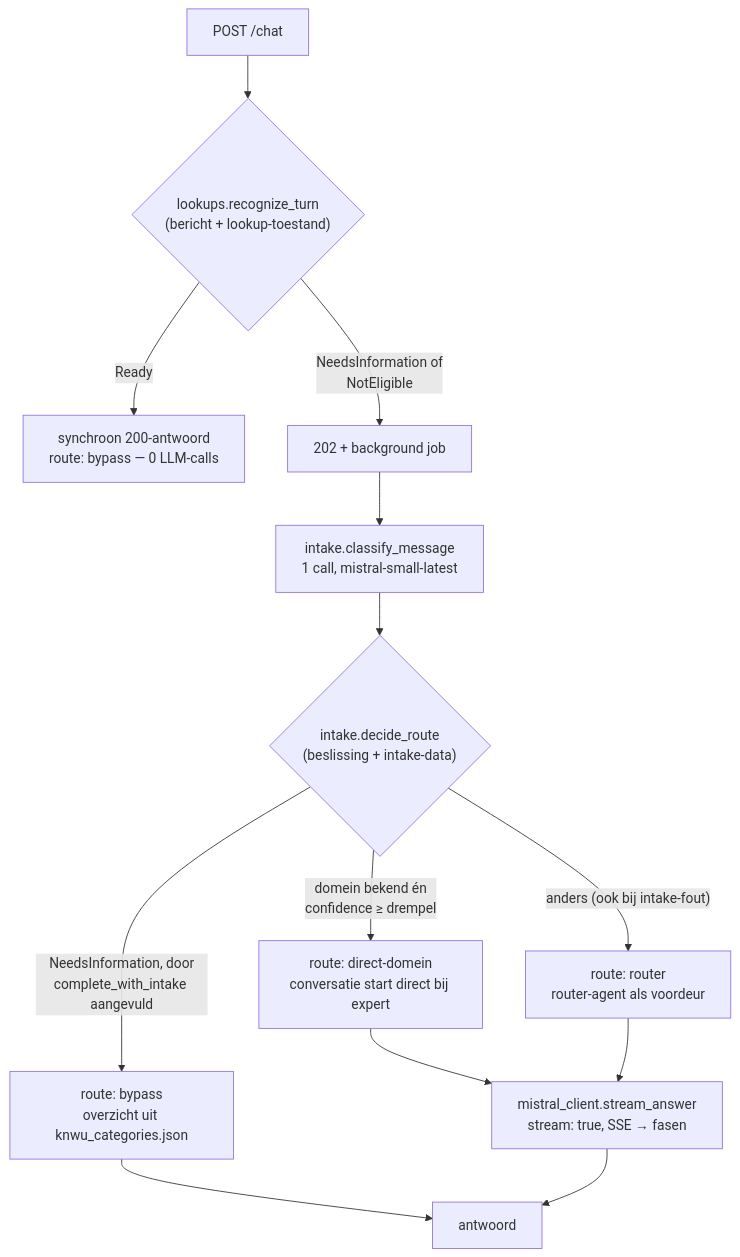
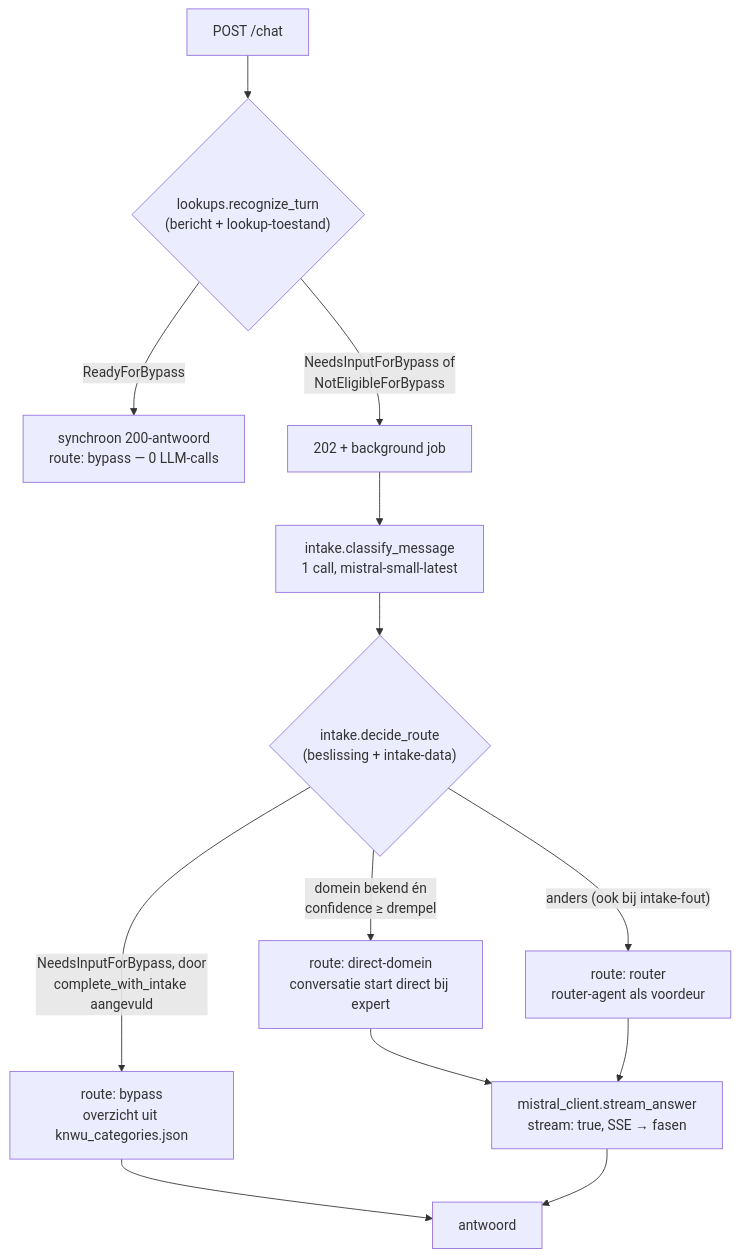
The diagram in docs/explanation/vraag-routing.md (Atrium0804/WTChatbot), drawn with Mermaid before and after one commit. The commit also changed other lines of this file and 9 other files, not shown here.

````diff
--- a/docs/explanation/vraag-routing.md
+++ b/docs/explanation/vraag-routing.md
@@ -12,15 +12,15 @@
 ```mermaid
 flowchart TD
     A["POST /chat"] --> B{"lookups.recognize_turn<br/>(bericht + lookup-toestand)"}
-    B -- "Ready" --> C["synchroon 200-antwoord<br/>route: bypass — 0 LLM-calls"]
-    B -- "NeedsInformation of<br/>NotEligible" --> D["202 + background job"]
+    B -- "ReadyForBypass" --> C["synchroon 200-antwoord<br/>route: bypass — 0 LLM-calls"]
+    B -- "NeedsInputForBypass of<br/>NotEligibleForBypass" --> D["202 + background job"]
     D --> E["intake.classify_message<br/>1 call, mistral-small-latest"]
     E --> F{"intake.decide_route<br/>(beslissing + intake-data)"}
-    F -- "NeedsInformation, door<br/>complete_with_intake aangevuld" --> G["route: bypass<br/>overzicht uit knwu_categories.json"]
+    F -- "NeedsInputForBypass, door<br/>complete_with_intake aangevuld" --> G["route: bypass<br/>overzicht uit knwu_categories.json"]
     F -- "domein bekend én<br/>confidence ≥ drempel" --> H["route: direct-domein<br/>conversatie start direct bij expert"]
     F -- "anders (ook bij intake-fout)" --> I["route: router<br/>router-agent als voordeur"]
     H --> J["mistral_client.stream_answer<br/>stream: true, SSE → fasen"]
     I --> J
     G --> K["antwoord"]
     J --> K
 ```
````
